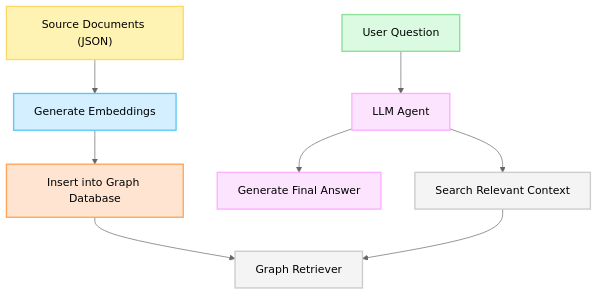
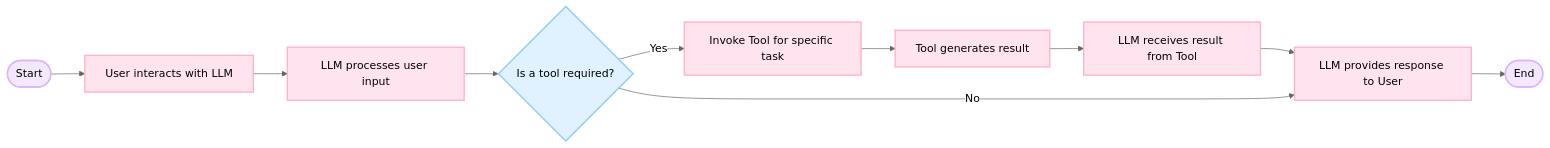
The diagram in README.md (KirillAn/CTF_Assistant), drawn with Mermaid (neutral theme) before and after one commit.

````diff
--- a/README.md
+++ b/README.md
@@ -34,34 +34,33 @@
 ```mermaid
-flowchart TD
-    documents["Source Documents (JSON)"]
-    createEmbeddings["Generate Embeddings"]
-    insertDB["Insert into Graph Database"]
-    question["User Question"]
-    LLM["LLM Agent"]
-    answer["Generate Final Answer"]
-    search["Search Relevant Context"]
-    retriever["Graph Retriever"]
+flowchart LR
+    Start([Start])
+    Interact[User interacts with LLM]
+    Process[LLM processes user input]
+    Decision{Is a tool required?}
+    Invoke[Invoke Tool for specific task]
+    ToolResult[Tool generates result]
+    Receive[LLM receives result from Tool]
+    Respond[LLM provides response to User]
+    End([End])
 
-    documents --> createEmbeddings
-    createEmbeddings --> insertDB
-    insertDB --> retriever
-    question --> LLM
-    LLM --> answer
-    LLM --> search
-    search --> retriever
+    Start --> Interact
+    Interact --> Process
+    Process --> Decision
 
-    classDef yellowBox fill:#fff3b3,stroke:#ffd966,stroke-width:2px
-    classDef greenBox fill:#dafbe1,stroke:#8dde98,stroke-width:2px
-    classDef blueBox fill:#d4efff,stroke:#5dc8f4,stroke-width:2px
-    classDef purpleBox fill:#fce4ff,stroke:#fcb0ff,stroke-width:2px
-    classDef orangeBox fill:#ffe5d1,stroke:#ffa45b,stroke-width:2px
-    classDef grayBox fill:#f4f4f4,stroke:#ccc,stroke-width:2px
+    Decision -- Yes --> Invoke
+    Invoke --> ToolResult --> Receive --> Respond --> End
 
-    class documents yellowBox
-    class createEmbeddings blueBox
-    class insertDB orangeBox
-    class question greenBox
-    class LLM,answer purpleBox
-    class search,retriever grayBox
+    Decision -- No --> Respond
+
+    %% Style definitions
+    classDef oval fill:#f3e8ff,stroke:#d8b4fe,stroke-width:2px
+    classDef block fill:#ffe4f0,stroke:#ffb3c6,stroke-width:2px
+    classDef decision fill:#e0f2ff,stroke:#90cdf4,stroke-width:2px
+
+    %% Apply styles
+    class Start,End oval
+    class Interact,Process,Invoke,ToolResult,Receive,Respond block
+    class Decision decision
+
 
 ```
````
